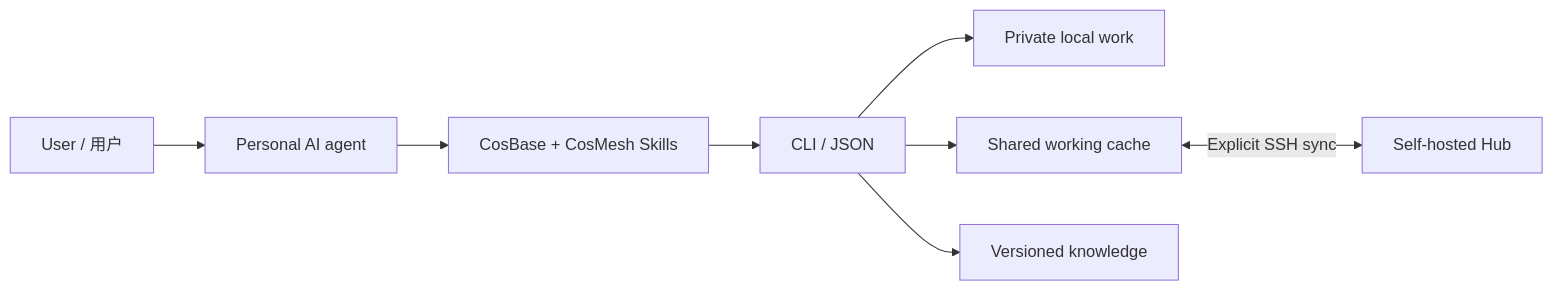
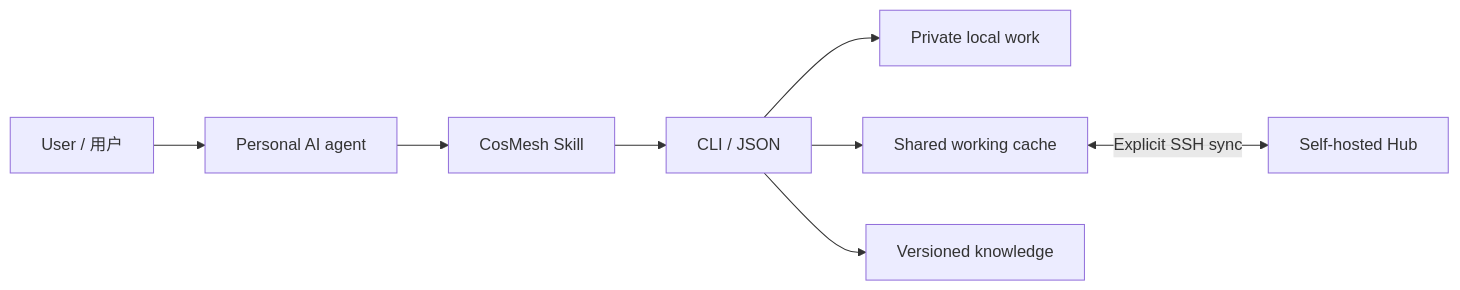
Before and after one commit to fanyimeng/cosmesh: the diagram in docs/architecture.md, drawn with Mermaid. The commit also changed other lines of this file and 51 other files, not shown here.

Commit message:
Release 0.4.0: unify private and public Threads in CosMesh

````diff
--- a/docs/architecture.md
+++ b/docs/architecture.md
@@ -3,10 +3,10 @@
 ```mermaid
 flowchart LR
     User[User / 用户] --> Agent[Personal AI agent]
-    Agent --> Skill[CosBase + CosMesh Skills]
+    Agent --> Skill[CosMesh Skill]
     Skill --> CLI[CLI / JSON]
     CLI --> Base[Private local work]
     CLI --> Cache[Shared working cache]
     Cache <-->|Explicit SSH sync| Hub[Self-hosted Hub]
     CLI --> Knowledge[Versioned knowledge]
 ```
````
